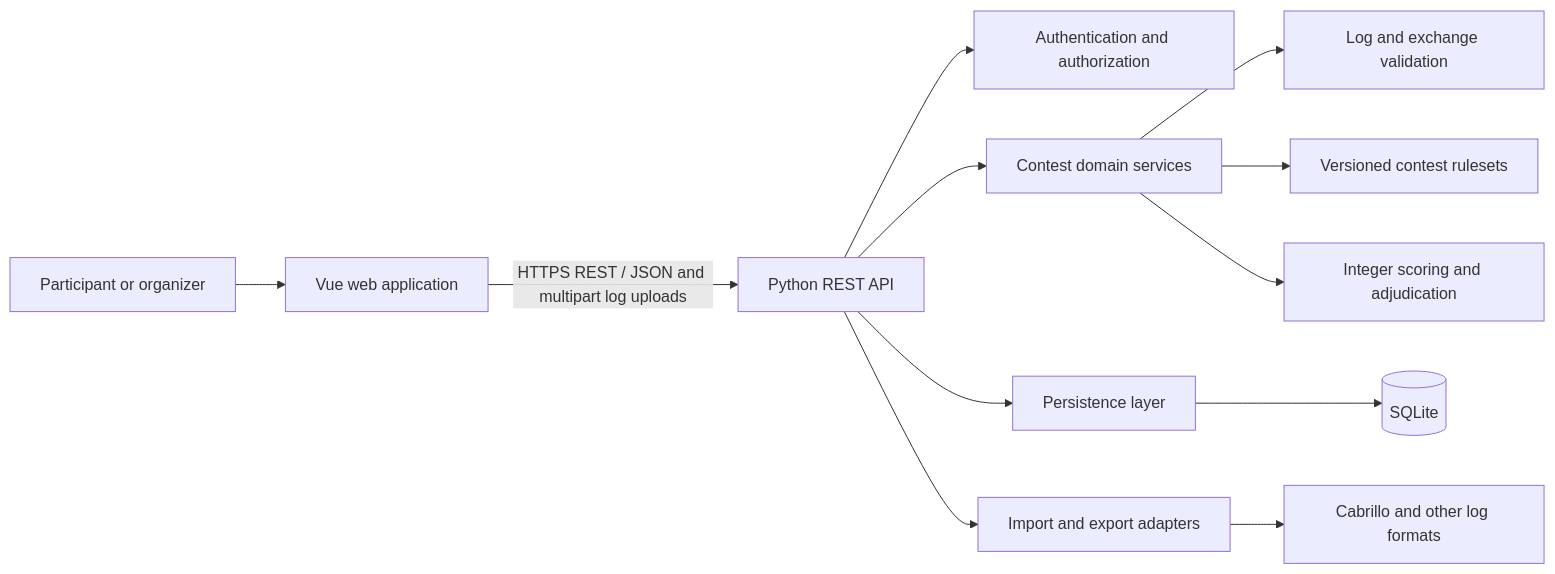
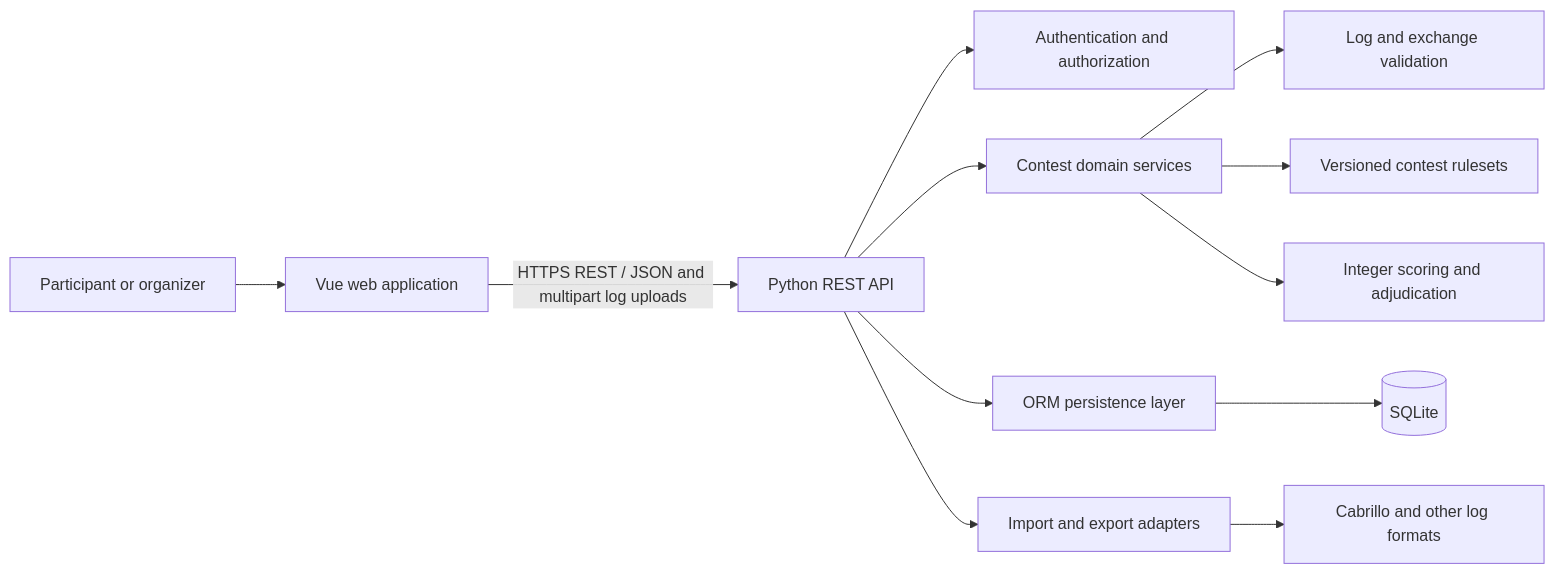
The first of 2 diagrams in documentation/README.md (ea7klk/contestmaster), drawn with Mermaid before and after one commit. The commit also changed other lines of this file, not shown here.

Commit message:
Show ORM-backed SQLite persistence architecture

````diff
--- a/documentation/README.md
+++ b/documentation/README.md
@@ -40,14 +40,14 @@
 ```mermaid
 flowchart LR
     Person[Participant or organizer] --> Web[Vue web application]
     Web -->|HTTPS REST / JSON and multipart log uploads| API[Python REST API]
     API --> Auth[Authentication and authorization]
     API --> Domain[Contest domain services]
     Domain --> Validation[Log and exchange validation]
     Domain --> Rules[Versioned contest rulesets]
     Domain --> Scoring[Integer scoring and adjudication]
-    API --> Store[Persistence layer]
+    API --> Store[ORM persistence layer]
     Store --> DB[(SQLite)]
     API --> Adapters[Import and export adapters]
     Adapters --> Formats[Cabrillo and other log formats]
 ```
````
